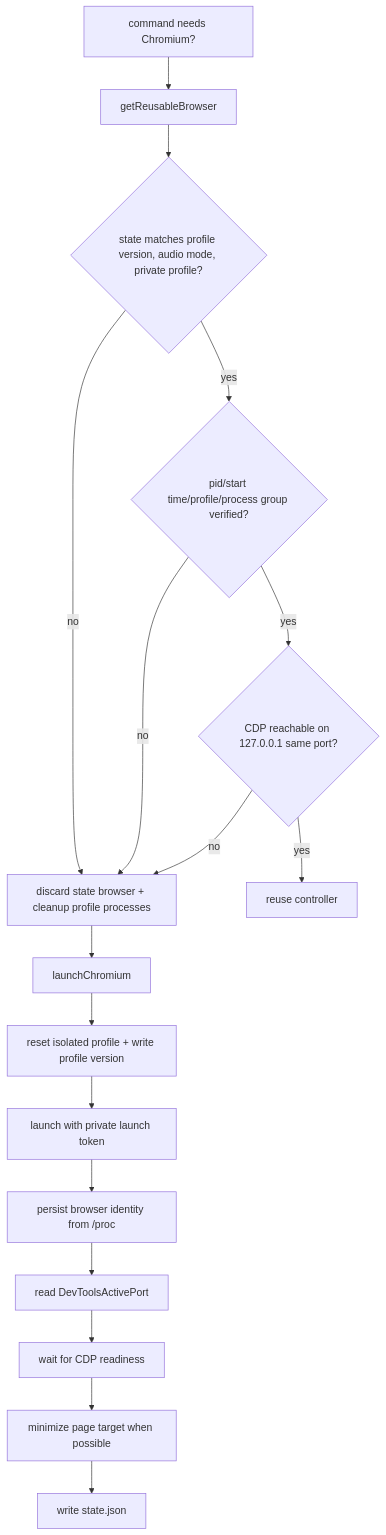
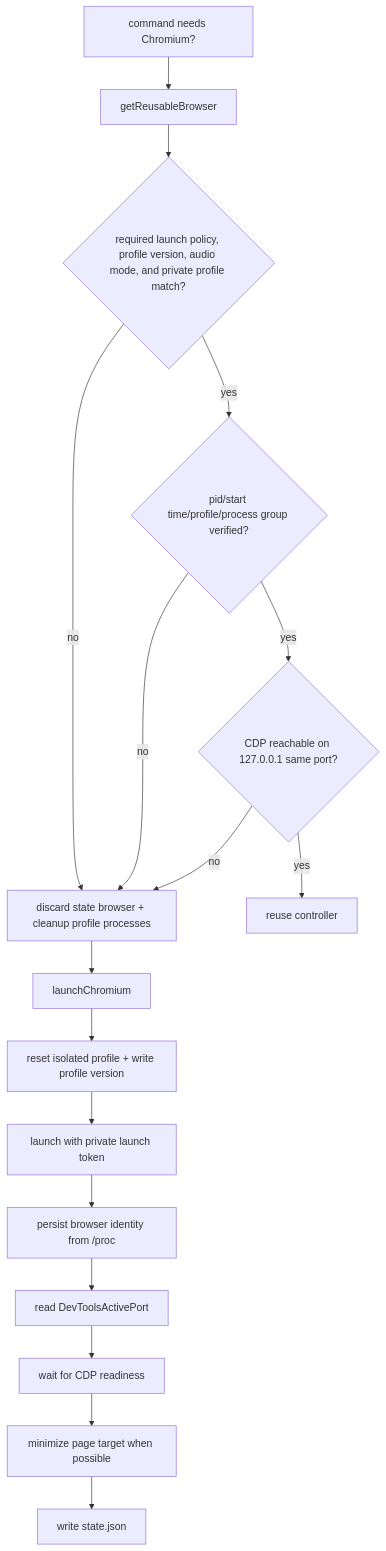
One commit to HackXIt/omarchy-chromecast changed the second of 4 diagrams in docs/architecture.md. Above: the diagram before and after it, drawn with Mermaid. The commit also changed other lines of this file and 13 other files, not shown here.

````diff
--- a/docs/architecture.md
+++ b/docs/architecture.md
@@ -49,19 +51,19 @@
 ```mermaid
 flowchart TD
   Need[command needs Chromium?] --> Reuse[getReusableBrowser]
-  Reuse --> VerifyState{state matches profile version, audio mode, private profile?}
+  Reuse --> VerifyState{required launch policy, profile version, audio mode, and private profile match?}
   VerifyState -- no --> Discard[discard state browser + cleanup profile processes]
   VerifyState -- yes --> VerifyProc{pid/start time/profile/process group verified?}
   VerifyProc -- no --> Discard
   VerifyProc -- yes --> VerifyCDP{CDP reachable on 127.0.0.1 same port?}
   VerifyCDP -- yes --> Existing[reuse controller]
   VerifyCDP -- no --> Discard
   Discard --> Launch[launchChromium]
   Launch --> Fresh[reset isolated profile + write profile version]
   Fresh --> Token[launch with private launch token]
   Token --> Identity[persist browser identity from /proc]
   Identity --> ActivePort[read DevToolsActivePort]
   ActivePort --> WaitCDP[wait for CDP readiness]
   WaitCDP --> Minimize[minimize page target when possible]
   Minimize --> Running[write state.json]
 ```
````
